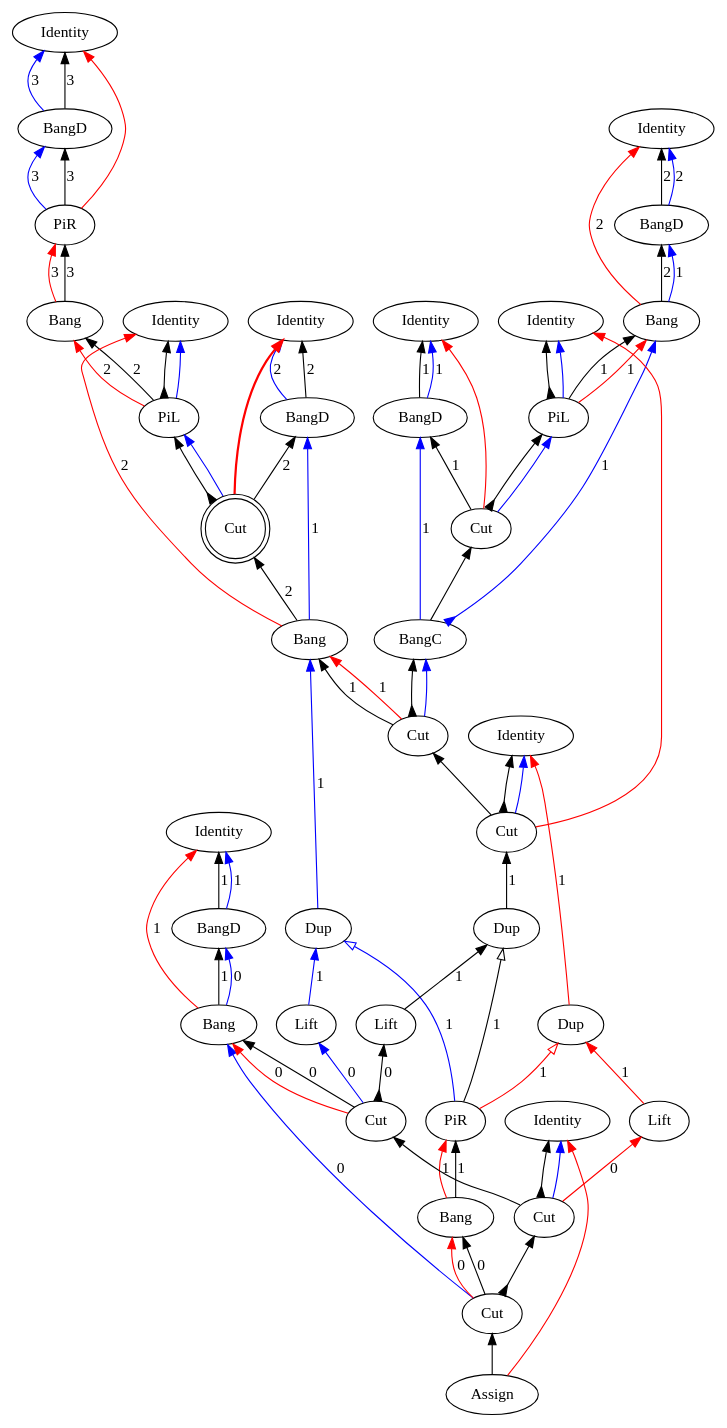
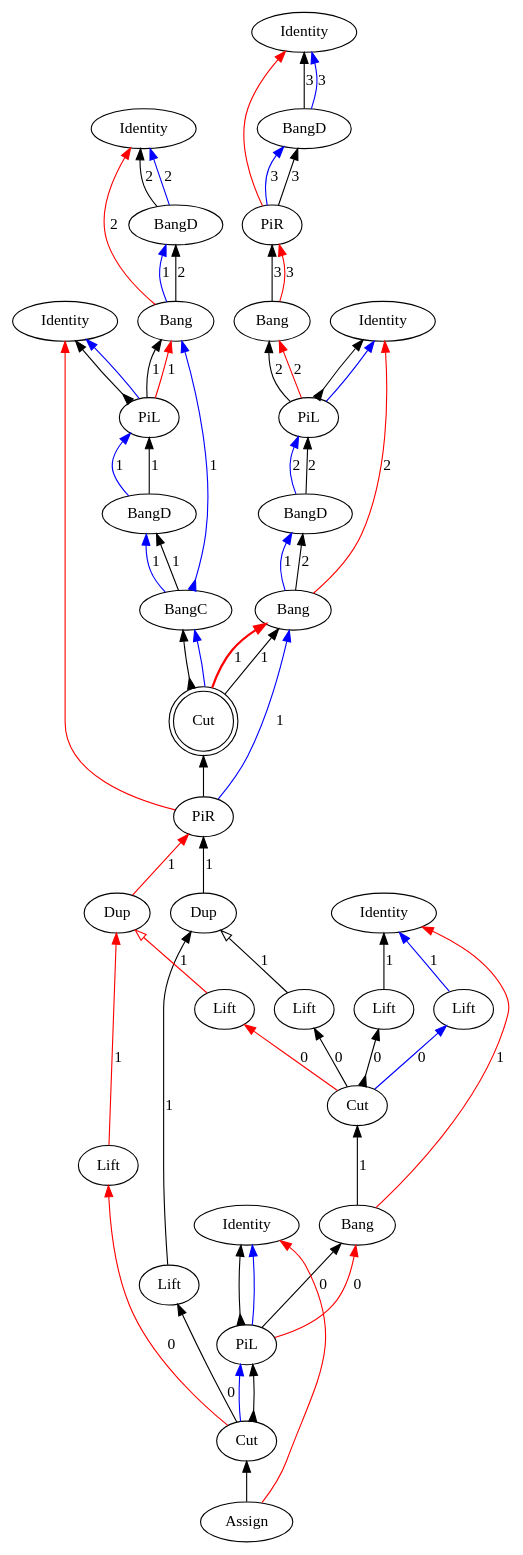
One commit to Mathnerd314/stroscot changed the diagram in src/core/graphs/example_m_11.dot. Above: the diagram before and after it, drawn with Graphviz. The commit also changed 88 other files, not shown here.

```diff
--- a/src/core/graphs/example_m_11.dot
+++ b/src/core/graphs/example_m_11.dot
@@ -6,112 +6,91 @@
 "Bang3" [label="Bang"]
 "Identity4" [label="Identity"]
 "PiL5" [label="PiL"]
-"Identity6" [label="Identity"]
-"BangD7" [label="BangD"]
-"Cut8" [label="Cut",shape=doublecircle]
-"Bang9" [label="Bang"]
-"Identity10" [label="Identity"]
+"BangD6" [label="BangD"]
+"Bang7" [label="Bang"]
+"Identity8" [label="Identity"]
+"BangD9" [label="BangD"]
+"Bang10" [label="Bang"]
 "Identity11" [label="Identity"]
-"BangD12" [label="BangD"]
-"Bang13" [label="Bang"]
-"Identity14" [label="Identity"]
-"PiL15" [label="PiL"]
+"PiL12" [label="PiL"]
+"BangD13" [label="BangD"]
+"BangC14" [label="BangC"]
+"PiR15" [label="PiR"]
 "Identity16" [label="Identity"]
-"BangD17" [label="BangD"]
-"Cut18" [label="Cut"]
-"BangC19" [label="BangC"]
-"Identity20" [label="Identity"]
-"BangD21" [label="BangD"]
-"Bang22" [label="Bang"]
-"Identity23" [label="Identity"]
-"Assign24" [label="Assign"]
-"Cut25" [label="Cut"]
+"Identity17" [label="Identity"]
+"PiL18" [label="PiL"]
+"Assign19" [label="Assign"]
+"Dup20" [label="Dup"]
+"Dup21" [label="Dup"]
+"Cut22" [label="Cut"]
+"Lift23" [label="Lift"]
+"Lift24" [label="Lift"]
+"Bang25" [label="Bang"]
 "Cut26" [label="Cut"]
-"Bang27" [label="Bang"]
-"Cut28" [label="Cut"]
-"PiR29" [label="PiR"]
-"Dup30" [label="Dup"]
-"Dup31" [label="Dup"]
-"Dup32" [label="Dup"]
-"Lift33" [label="Lift"]
-"Lift34" [label="Lift"]
-"Lift35" [label="Lift"]
-"Cut36" [label="Cut"]
-"Cut37" [label="Cut"]
-"Bang22" -> "BangD21"[color=black,weight=5,tooltip="c_bseq24",label="1",arrowhead=normal,arrowtail=none,dir=both]
-"Bang13" -> "BangD12"[color=black,weight=5,tooltip="c_bseq58",label="2",arrowhead=normal,arrowtail=none,dir=both]
-"Bang9" -> "Cut8"[color=black,weight=5,tooltip="c_bseq67",label="2",arrowhead=normal,arrowtail=none,dir=both]
+"Lift27" [label="Lift"]
+"Lift28" [label="Lift"]
+"Lift29" [label="Lift"]
+"Lift30" [label="Lift"]
+"Cut31" [label="Cut",shape=doublecircle]
+"Dup20" -> "PiR15"[color=black,weight=5,tooltip="c_bseq32",label="1",arrowhead=normal,arrowtail=none,dir=both]
+"Bang10" -> "BangD9"[color=black,weight=5,tooltip="c_bseq58",label="2",arrowhead=normal,arrowtail=none,dir=both]
+"Bang7" -> "BangD6"[color=black,weight=5,tooltip="c_bseq67",label="2",arrowhead=normal,arrowtail=none,dir=both]
 "Bang3" -> "PiR2"[color=black,weight=5,tooltip="c_bseq79",label="3",arrowhead=normal,arrowtail=none,dir=both]
-"Bang27" -> "PiR29"[color=black,weight=5,tooltip="c_bseq91",label="1",arrowhead=normal,arrowtail=none,dir=both]
-"Cut18" -> "PiL15"[color=black,weight=5,tooltip="c_lseq46",arrowhead=normal,arrowtail=inv,dir=both]
-"Cut8" -> "PiL5"[color=black,weight=5,tooltip="c_lseq68",arrowhead=normal,arrowtail=inv,dir=both]
-"Cut18" -> "BangD17"[color=black,weight=5,tooltip="c_rseq47",label="1",arrowhead=normal,arrowtail=none,dir=both]
-"Cut8" -> "BangD7"[color=black,weight=5,tooltip="c_rseq69",label="2",arrowhead=normal,arrowtail=none,dir=both]
-"Cut36" -> "Bang22"[color=black,weight=5,tooltip="dseq20",label="0",arrowhead=normal,arrowtail=none,dir=both]
-"PiL15" -> "Bang13"[color=black,weight=5,tooltip="dseq54",label="1",arrowhead=normal,arrowtail=none,dir=both]
-"Cut25" -> "Bang9"[color=black,weight=5,tooltip="dseq63",label="1",arrowhead=normal,arrowtail=none,dir=both]
+"Lift23" -> "Dup20"[color=black,weight=5,tooltip="c_bseq86",label="1",arrowhead=normal,arrowtail=none,dir=both]
+"Lift28" -> "Dup20"[color=black,weight=5,tooltip="c_bseq90",label="1",arrowhead=onormal,arrowtail=none,dir=both]
+"PiL18" -> "Bang25"[color=black,weight=5,tooltip="dseq20",label="0",arrowhead=normal,arrowtail=none,dir=both]
+"PiL12" -> "Bang10"[color=black,weight=5,tooltip="dseq54",label="1",arrowhead=normal,arrowtail=none,dir=both]
+"Cut31" -> "Bang7"[color=black,weight=5,tooltip="dseq63",label="1",arrowhead=normal,arrowtail=none,dir=both]
 "PiL5" -> "Bang3"[color=black,weight=5,tooltip="dseq76",label="2",arrowhead=normal,arrowtail=none,dir=both]
-"Cut28" -> "Bang27"[color=black,weight=5,tooltip="dseq93",label="0",arrowhead=normal,arrowtail=none,dir=both]
-"Lift34" -> "Dup31"[color=blue,weight=2,tooltip="h101",label="1",arrowhead=normal,arrowtail=none,dir=both]
-"PiR29" -> "Dup31"[color=blue,weight=2,tooltip="h105",label="1",arrowhead=onormal,arrowtail=none,dir=both]
-"Cut36" -> "Lift34"[color=blue,weight=2,tooltip="h109",label="0",arrowhead=normal,arrowtail=none,dir=both]
-"Dup31" -> "Bang9"[color=blue,weight=2,tooltip="h34",label="1",arrowhead=normal,arrowtail=none,dir=both]
-"Bang9" -> "BangD7"[color=blue,weight=2,tooltip="hf65",label="1",arrowhead=normal,arrowtail=none,dir=both]
-"BangD7" -> "Identity6"[color=blue,weight=2,tooltip="hret73",label="2",arrowhead=normal,arrowtail=none,dir=both]
-"BangD7" -> "Identity6"[color=black,weight=5,tooltip="hseq72",label="2",arrowhead=normal,arrowtail=none,dir=both]
+"PiR15" -> "Bang7"[color=blue,weight=2,tooltip="h34",label="1",arrowhead=normal,arrowtail=none,dir=both]
+"Bang7" -> "BangD6"[color=blue,weight=2,tooltip="hf65",label="1",arrowhead=normal,arrowtail=none,dir=both]
+"BangD6" -> "PiL5"[color=black,weight=5,tooltip="hseq72",label="2",arrowhead=normal,arrowtail=none,dir=both]
 "PiR2" -> "BangD1"[color=blue,weight=2,tooltip="i81",label="3",arrowhead=normal,arrowtail=none,dir=both]
-"Cut37" -> "Identity23"[color=black,weight=5,tooltip="idseq21",arrowhead=normal,arrowtail=inv,dir=both]
-"PiL15" -> "Identity14"[color=black,weight=5,tooltip="idseq55",arrowhead=normal,arrowtail=inv,dir=both]
-"Cut26" -> "Identity10"[color=black,weight=5,tooltip="idseq64",arrowhead=normal,arrowtail=inv,dir=both]
+"PiL18" -> "Identity17"[color=black,weight=5,tooltip="idseq21",arrowhead=normal,arrowtail=inv,dir=both]
+"PiL12" -> "Identity11"[color=black,weight=5,tooltip="idseq55",arrowhead=normal,arrowtail=inv,dir=both]
 "PiL5" -> "Identity4"[color=black,weight=5,tooltip="idseq77",arrowhead=normal,arrowtail=inv,dir=both]
 "BangD1" -> "Identity0"[color=blue,weight=2,tooltip="iret84",label="3",arrowhead=normal,arrowtail=none,dir=both]
 "BangD1" -> "Identity0"[color=black,weight=5,tooltip="iseq83",label="3",arrowhead=normal,arrowtail=none,dir=both]
-"Cut37" -> "Identity23"[color=blue,weight=2,tooltip="lret19",arrowhead=normal,arrowtail=none,dir=both]
-"PiL15" -> "Identity14"[color=blue,weight=2,tooltip="lret53",arrowhead=normal,arrowtail=none,dir=both]
-"Cut26" -> "Identity10"[color=blue,weight=2,tooltip="lret62",arrowhead=normal,arrowtail=none,dir=both]
+"PiL18" -> "Identity17"[color=blue,weight=2,tooltip="lret19",arrowhead=normal,arrowtail=none,dir=both]
+"PiL12" -> "Identity11"[color=blue,weight=2,tooltip="lret53",arrowhead=normal,arrowtail=none,dir=both]
 "PiL5" -> "Identity4"[color=blue,weight=2,tooltip="lret75",arrowhead=normal,arrowtail=none,dir=both]
-"Cut18" -> "PiL15"[color=blue,weight=2,tooltip="lval48",arrowhead=normal,arrowtail=none,dir=both]
-"Cut8" -> "PiL5"[color=blue,weight=2,tooltip="lval70",arrowhead=normal,arrowtail=none,dir=both]
-"Cut36" -> "Bang22"[color=red,weight=2,tooltip="newrret18",label="0",arrowhead=normal,arrowtail=none,dir=both]
-"PiL15" -> "Bang13"[color=red,weight=2,tooltip="newrret52",label="1",arrowhead=normal,arrowtail=none,dir=both]
-"Cut25" -> "Bang9"[color=red,weight=2,tooltip="newrret61",label="1",arrowhead=normal,arrowtail=none,dir=both]
+"Cut22" -> "PiL18"[color=blue,weight=2,tooltip="lval14",arrowhead=normal,arrowtail=none,dir=both]
+"BangD13" -> "PiL12"[color=blue,weight=2,tooltip="lval48",label="1",arrowhead=normal,arrowtail=none,dir=both]
+"BangD6" -> "PiL5"[color=blue,weight=2,tooltip="lval70",label="2",arrowhead=normal,arrowtail=none,dir=both]
+"Bang25" -> "Cut26"[color=black,weight=5,tooltip="newcut_bseq100",label="1",arrowhead=normal,arrowtail=none,dir=both]
+"PiL18" -> "Bang25"[color=red,weight=2,tooltip="newrret18",label="0",arrowhead=normal,arrowtail=none,dir=both]
+"PiL12" -> "Bang10"[color=red,weight=2,tooltip="newrret52",label="1",arrowhead=normal,arrowtail=none,dir=both]
+"Cut31" -> "Bang7"[color=red,weight=2,tooltip="newrret61",label="1",arrowhead=normal,arrowtail=none,penwidth=2,dir=both]
 "PiL5" -> "Bang3"[color=red,weight=2,tooltip="newrret74",label="2",arrowhead=normal,arrowtail=none,dir=both]
-"Cut28" -> "Bang27"[color=red,weight=2,tooltip="newrret94",label="0",arrowhead=normal,arrowtail=none,dir=both]
-"Bang22" -> "Identity20"[color=red,weight=2,tooltip="newrretf23",label="1",arrowhead=normal,arrowtail=none,dir=both]
-"Bang13" -> "Identity11"[color=red,weight=2,tooltip="newrretf57",label="2",arrowhead=normal,arrowtail=none,dir=both]
-"Bang9" -> "Identity4"[color=red,weight=2,tooltip="newrretf66",label="2",arrowhead=normal,arrowtail=none,dir=both]
+"Bang25" -> "Identity16"[color=red,weight=2,tooltip="newrretf23",label="1",arrowhead=normal,arrowtail=none,dir=both]
+"Dup21" -> "PiR15"[color=red,weight=2,tooltip="newrretf31",label="1",arrowhead=normal,arrowtail=none,dir=both]
+"Bang10" -> "Identity8"[color=red,weight=2,tooltip="newrretf57",label="2",arrowhead=normal,arrowtail=none,dir=both]
+"Bang7" -> "Identity4"[color=red,weight=2,tooltip="newrretf66",label="2",arrowhead=normal,arrowtail=none,dir=both]
 "Bang3" -> "PiR2"[color=red,weight=2,tooltip="newrretf78",label="3",arrowhead=normal,arrowtail=none,dir=both]
-"Bang27" -> "PiR29"[color=red,weight=2,tooltip="newrretf92",label="1",arrowhead=normal,arrowtail=none,dir=both]
-"Lift35" -> "Dup32"[color=red,weight=2,tooltip="ret102",label="1",arrowhead=normal,arrowtail=none,dir=both]
-"PiR29" -> "Dup32"[color=red,weight=2,tooltip="ret106",label="1",arrowhead=onormal,arrowtail=none,dir=both]
-"Cut37" -> "Lift35"[color=red,weight=2,tooltip="ret110",label="0",arrowhead=normal,arrowtail=none,dir=both]
-"Dup32" -> "Identity10"[color=red,weight=2,tooltip="ret35",label="1",arrowhead=normal,arrowtail=none,dir=both]
-"Cut26" -> "Identity14"[color=red,weight=2,tooltip="ret42",arrowhead=normal,arrowtail=none,dir=both]
-"Assign24" -> "Identity23"[color=red,weight=2,tooltip="ret8",arrowhead=normal,arrowtail=none,dir=both]
+"Lift24" -> "Dup21"[color=red,weight=2,tooltip="newrretf87",label="1",arrowhead=normal,arrowtail=none,dir=both]
+"Lift30" -> "Dup21"[color=red,weight=2,tooltip="newrretf91",label="1",arrowhead=onormal,arrowtail=none,dir=both]
+"PiR15" -> "Identity11"[color=red,weight=2,tooltip="ret42",arrowhead=normal,arrowtail=none,dir=both]
+"Assign19" -> "Identity17"[color=red,weight=2,tooltip="ret8",arrowhead=normal,arrowtail=none,dir=both]
 "PiR2" -> "Identity0"[color=red,weight=2,tooltip="ret82",arrowhead=normal,arrowtail=none,dir=both]
-"Assign24" -> "Cut28"[color=black,weight=5,tooltip="retseq0",arrowhead=normal,arrowtail=none,dir=both]
-"Cut18" -> "Identity16"[color=red,weight=2,tooltip="rval49",arrowhead=normal,arrowtail=none,dir=both]
-"Cut8" -> "Identity6"[color=red,weight=2,tooltip="rval71",arrowhead=normal,arrowtail=none,penwidth=2,dir=both]
-"Lift33" -> "Dup30"[color=black,weight=5,tooltip="seq100",label="1",arrowhead=normal,arrowtail=none,dir=both]
-"PiR29" -> "Dup30"[color=black,weight=5,tooltip="seq104",label="1",arrowhead=onormal,arrowtail=none,dir=both]
-"Cut36" -> "Lift33"[color=black,weight=5,tooltip="seq108",label="0",arrowhead=normal,arrowtail=inv,dir=both]
-"Dup30" -> "Cut26"[color=black,weight=5,tooltip="seq33",label="1",arrowhead=normal,arrowtail=none,dir=both]
-"Cut25" -> "BangC19"[color=black,weight=5,tooltip="seq40",arrowhead=normal,arrowtail=inv,dir=both]
-"BangC19" -> "Cut18"[color=black,weight=5,tooltip="seq45",arrowhead=normal,arrowtail=none,dir=both]
+"PiR15" -> "Cut31"[color=black,weight=5,tooltip="seq33",arrowhead=normal,arrowtail=none,dir=both]
+"Cut31" -> "BangC14"[color=black,weight=5,tooltip="seq40",arrowhead=normal,arrowtail=inv,dir=both]
+"BangC14" -> "BangD13"[color=black,weight=5,tooltip="seq45",label="1",arrowhead=normal,arrowtail=none,dir=both]
 "PiR2" -> "BangD1"[color=black,weight=5,tooltip="seq80",label="3",arrowhead=normal,arrowtail=none,dir=both]
-"Cut28" -> "Cut37"[color=black,weight=5,tooltip="seqBC95",arrowhead=normal,arrowtail=inv,dir=both]
-"Cut37" -> "Cut36"[color=black,weight=5,tooltip="seqP112",arrowhead=normal,arrowtail=none,dir=both]
-"Cut26" -> "Cut25"[color=black,weight=5,tooltip="seqP86",arrowhead=normal,arrowtail=none,dir=both]
-"Cut28" -> "Bang22"[color=blue,weight=2,tooltip="xB10",label="0",arrowhead=normal,arrowtail=none,dir=both]
-"Bang22" -> "BangD21"[color=blue,weight=2,tooltip="xBf22",label="0",arrowhead=normal,arrowtail=none,dir=both]
-"BangD21" -> "Identity20"[color=blue,weight=2,tooltip="xret26",label="1",arrowhead=normal,arrowtail=none,dir=both]
-"BangD21" -> "Identity20"[color=black,weight=5,tooltip="xseq25",label="1",arrowhead=normal,arrowtail=none,dir=both]
-"Cut25" -> "BangC19"[color=blue,weight=2,tooltip="y41",arrowhead=normal,arrowtail=none,dir=both]
-"BangC19" -> "BangD17"[color=blue,weight=2,tooltip="yA43",label="1",arrowhead=normal,arrowtail=none,dir=both]
-"BangC19" -> "Bang13"[color=blue,weight=2,tooltip="yB44",label="1",arrowhead=normal,arrowtail=inv,dir=both]
-"Bang13" -> "BangD12"[color=blue,weight=2,tooltip="yBf56",label="1",arrowhead=normal,arrowtail=none,dir=both]
-"BangD17" -> "Identity16"[color=blue,weight=2,tooltip="yret51",label="1",arrowhead=normal,arrowtail=none,dir=both]
-"BangD12" -> "Identity11"[color=blue,weight=2,tooltip="yret60",label="2",arrowhead=normal,arrowtail=none,dir=both]
-"BangD17" -> "Identity16"[color=black,weight=5,tooltip="yseq50",label="1",arrowhead=normal,arrowtail=none,dir=both]
-"BangD12" -> "Identity11"[color=black,weight=5,tooltip="yseq59",label="2",arrowhead=normal,arrowtail=none,dir=both]
+"Assign19" -> "Cut22"[color=black,weight=5,tooltip="seqBC94",arrowhead=normal,arrowtail=none,dir=both]
+"Cut26" -> "Lift27"[color=black,weight=5,tooltip="seqDD103",label="0",arrowhead=normal,arrowtail=inv,dir=both]
+"Cut26" -> "Lift29"[color=blue,weight=2,tooltip="seqDE104",label="0",arrowhead=normal,arrowtail=none,dir=both]
+"Cut26" -> "Lift30"[color=red,weight=2,tooltip="seqDM102",label="0",arrowhead=normal,arrowtail=none,dir=both]
+"Cut22" -> "Lift24"[color=red,weight=2,tooltip="seqDM96",label="0",arrowhead=normal,arrowtail=none,dir=both]
+"Cut26" -> "Lift28"[color=black,weight=5,tooltip="seqDS101",label="0",arrowhead=normal,arrowtail=none,dir=both]
+"Cut22" -> "Lift23"[color=black,weight=5,tooltip="seqDS95",label="0",arrowhead=normal,arrowtail=none,dir=both]
+"Lift29" -> "Identity16"[color=blue,weight=2,tooltip="xret26",label="1",arrowhead=normal,arrowtail=none,dir=both]
+"Cut22" -> "PiL18"[color=black,weight=5,tooltip="xseq16",arrowhead=normal,arrowtail=inv,dir=both]
+"Lift27" -> "Identity16"[color=black,weight=5,tooltip="xseq25",label="1",arrowhead=normal,arrowtail=none,dir=both]
+"Cut31" -> "BangC14"[color=blue,weight=2,tooltip="y41",arrowhead=normal,arrowtail=none,dir=both]
+"BangC14" -> "BangD13"[color=blue,weight=2,tooltip="yA43",label="1",arrowhead=normal,arrowtail=none,dir=both]
+"BangC14" -> "Bang10"[color=blue,weight=2,tooltip="yB44",label="1",arrowhead=normal,arrowtail=inv,dir=both]
+"Bang10" -> "BangD9"[color=blue,weight=2,tooltip="yBf56",label="1",arrowhead=normal,arrowtail=none,dir=both]
+"BangD9" -> "Identity8"[color=blue,weight=2,tooltip="yret60",label="2",arrowhead=normal,arrowtail=none,dir=both]
+"BangD13" -> "PiL12"[color=black,weight=5,tooltip="yseq50",label="1",arrowhead=normal,arrowtail=none,dir=both]
+"BangD9" -> "Identity8"[color=black,weight=5,tooltip="yseq59",label="2",arrowhead=normal,arrowtail=none,dir=both]
 }
```
